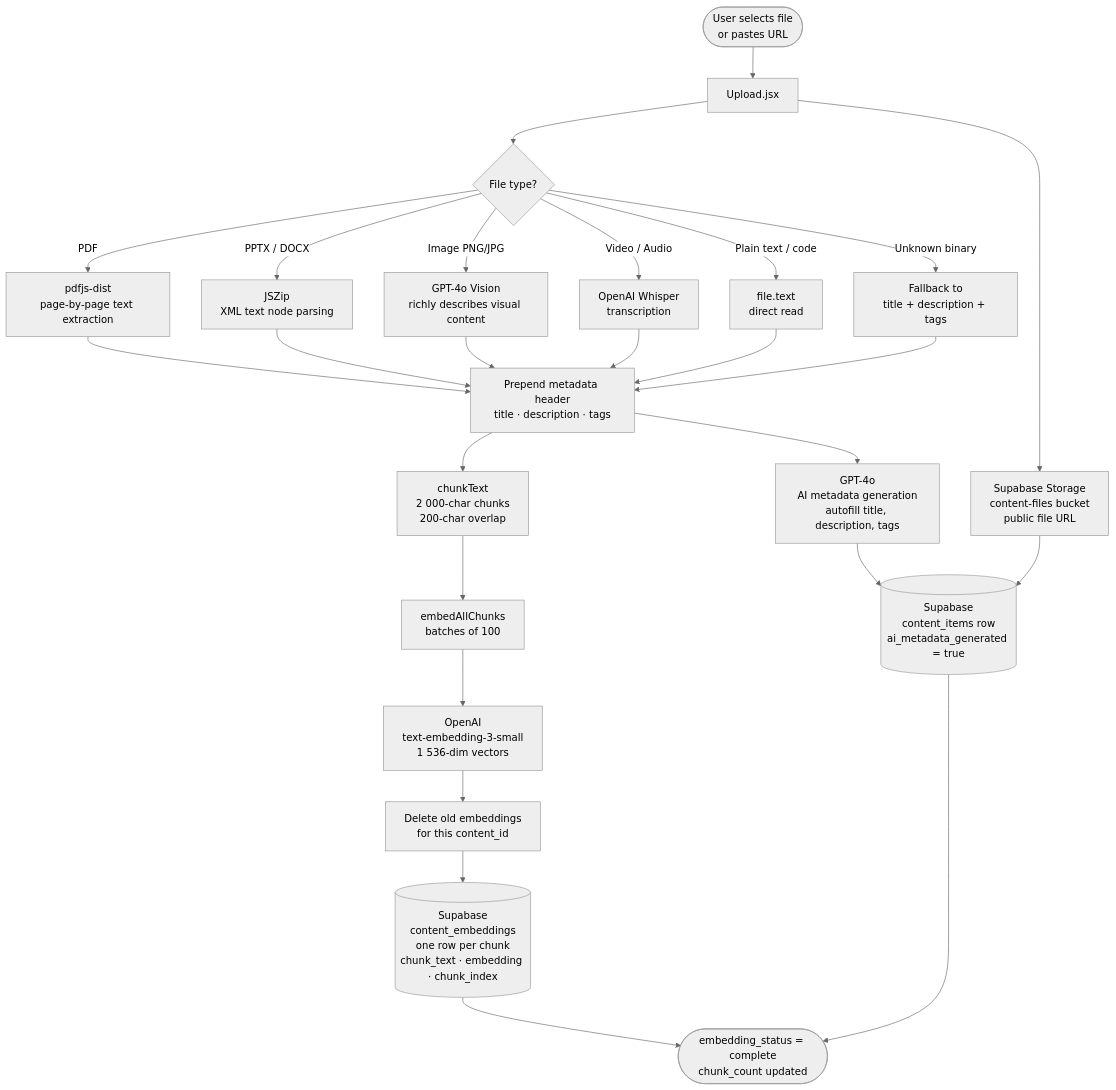
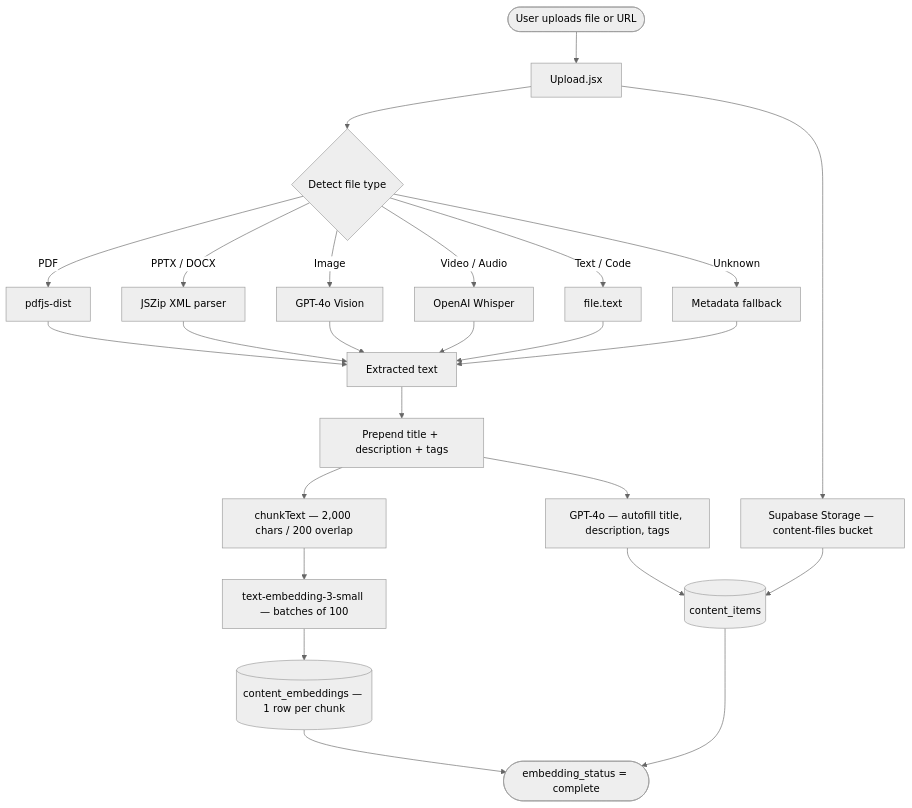
Before and after one commit to areafans/sharon: the first of 2 diagrams in BACKEND.md, drawn with Mermaid (neutral theme). The commit also changed other lines of this file, not shown here.

Commit message:
docs: fix mermaid diagram syntax for proper GitHub rendering

````diff
--- a/BACKEND.md
+++ b/BACKEND.md
@@ -89,29 +89,34 @@
 ```mermaid
 flowchart TD
-    A([User selects file\nor pastes URL]) --> B[Upload.jsx]
+    A([User uploads file or URL]) --> B[Upload.jsx]
+    B --> C{Detect file type}
 
-    B --> C{File type?}
+    C -->|PDF| D1[pdfjs-dist]
+    C -->|PPTX / DOCX| D2[JSZip XML parser]
+    C -->|Image| D3[GPT-4o Vision]
+    C -->|Video / Audio| D4[OpenAI Whisper]
+    C -->|Text / Code| D5[file.text]
+    C -->|Unknown| D6[Metadata fallback]
 
-    C -->|PDF| D1[pdfjs-dist\npage-by-page text extraction]
-    C -->|PPTX / DOCX| D2[JSZip\nXML text node parsing]
-    C -->|Image PNG/JPG| D3[GPT-4o Vision\nrichly describes visual content]
-    C -->|Video / Audio| D4[OpenAI Whisper\ntranscription]
-    C -->|Plain text / code| D5[file.text\ndirect read]
-    C -->|Unknown binary| D6[Fallback to\ntitle + description + tags]
+    D1 --> E[Extracted text]
+    D2 --> E
+    D3 --> E
+    D4 --> E
+    D5 --> E
+    D6 --> E
 
-    D1 & D2 & D3 & D4 & D5 & D6 --> E[Prepend metadata header\ntitle · description · tags]
+    E --> META[Prepend title + description + tags]
 
-    E --> F[GPT-4o\nAI metadata generation\nautofill title, description, tags]
-    F --> G[(Supabase\ncontent_items row\nai_metadata_generated = true)]
+    META --> AI["GPT-4o — autofill title, description, tags"]
+    AI --> DB1[("content_items")]
 
-    E --> H[chunkText\n2 000-char chunks\n200-char overlap]
-    H --> I[embedAllChunks\nbatches of 100]
-    I --> J[OpenAI\ntext-embedding-3-small\n1 536-dim vectors]
-    J --> K[Delete old embeddings\nfor this content_id]
-    K --> L[(Supabase\ncontent_embeddings\none row per chunk\nchunk_text · embedding · chunk_index)]
+    META --> CHUNK["chunkText — 2,000 chars / 200 overlap"]
+    CHUNK --> EMBED["text-embedding-3-small — batches of 100"]
+    EMBED --> STORE[("content_embeddings — 1 row per chunk")]
 
-    B --> M[Supabase Storage\ncontent-files bucket\npublic file URL]
-    M --> G
-    L --> N([embedding_status = complete\nchunk_count updated])
-    G --> N
+    B --> STORAGE["Supabase Storage — content-files bucket"]
+    STORAGE --> DB1
+
+    STORE --> DONE([embedding_status = complete])
+    DB1 --> DONE
 ```
````
